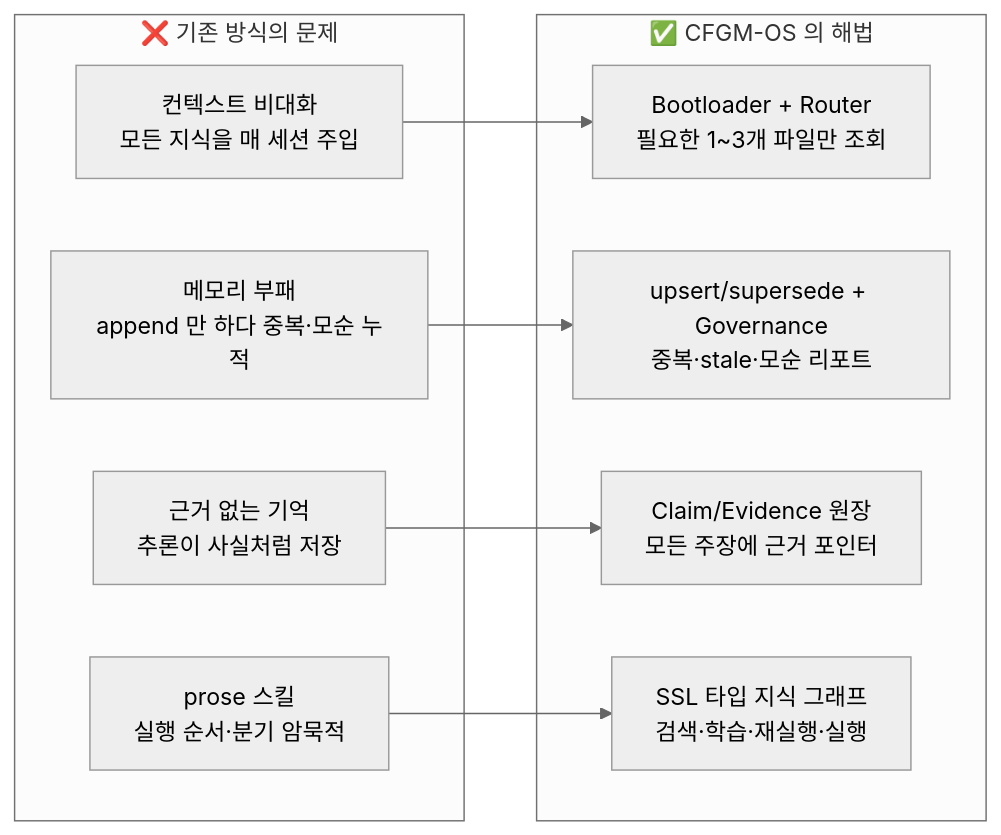
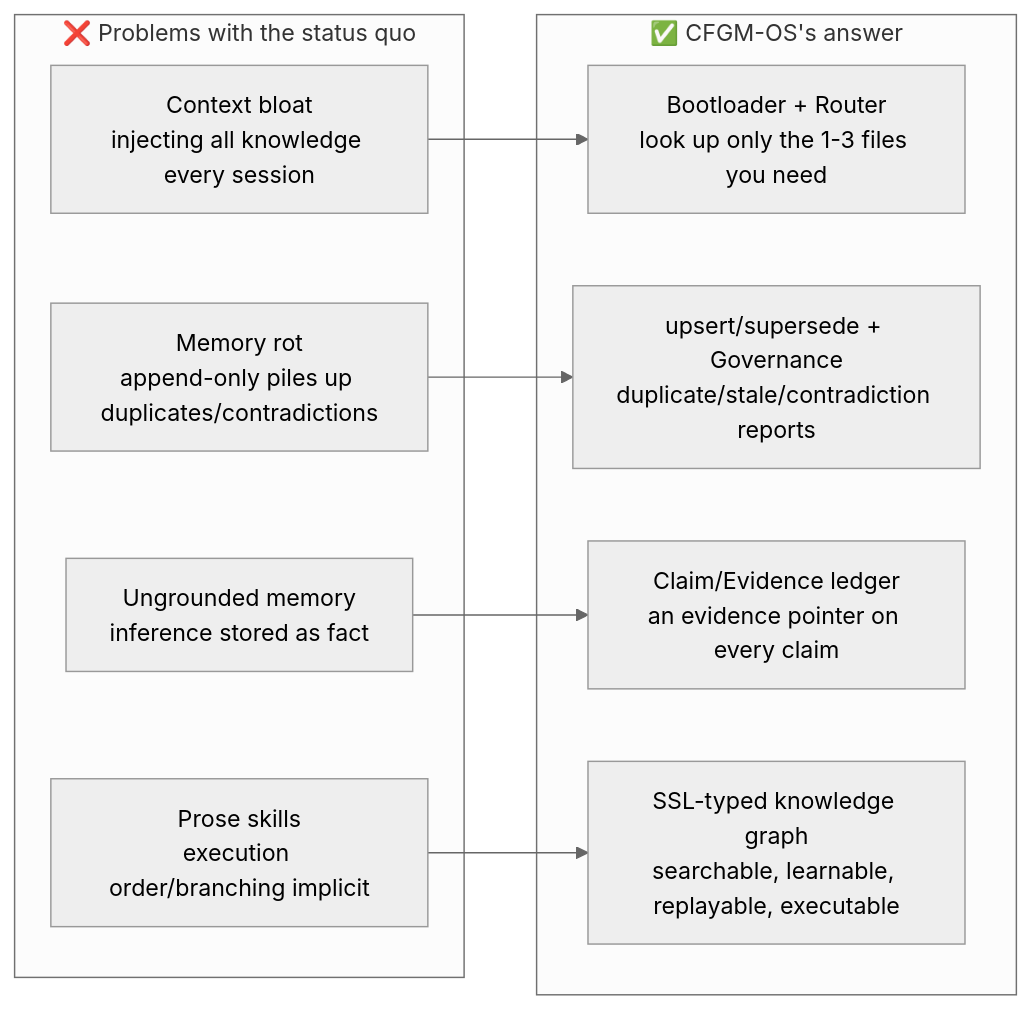
One commit to treestar84/memory-brain changed the fifth of 7 diagrams in README.md. Above: the diagram before and after it, drawn with Mermaid (neutral theme). The commit also changed other lines of this file and 10 other files, not shown here.

````diff
--- a/README.md
+++ b/README.md
@@ -165,19 +194,19 @@
 ```mermaid
 flowchart LR
-    subgraph 문제["❌ 기존 방식의 문제"]
-        P1["컨텍스트 비대화<br/>모든 지식을 매 세션 주입"]
-        P2["메모리 부패<br/>append 만 하다 중복·모순 누적"]
-        P3["근거 없는 기억<br/>추론이 사실처럼 저장"]
-        P4["prose 스킬<br/>실행 순서·분기 암묵적"]
+    subgraph problems["❌ Problems with the status quo"]
+        P1["Context bloat<br/>injecting all knowledge every session"]
+        P2["Memory rot<br/>append-only piles up duplicates/contradictions"]
+        P3["Ungrounded memory<br/>inference stored as fact"]
+        P4["Prose skills<br/>execution order/branching implicit"]
     end
-    subgraph 해법["✅ CFGM-OS 의 해법"]
-        S1["Bootloader + Router<br/>필요한 1~3개 파일만 조회"]
-        S2["upsert/supersede + Governance<br/>중복·stale·모순 리포트"]
-        S3["Claim/Evidence 원장<br/>모든 주장에 근거 포인터"]
-        S4["SSL 타입 지식 그래프<br/>검색·학습·재실행·실행"]
+    subgraph solutions["✅ CFGM-OS's answer"]
+        S1["Bootloader + Router<br/>look up only the 1-3 files you need"]
+        S2["upsert/supersede + Governance<br/>duplicate/stale/contradiction reports"]
+        S3["Claim/Evidence ledger<br/>an evidence pointer on every claim"]
+        S4["SSL-typed knowledge graph<br/>searchable, learnable, replayable, executable"]
     end
     P1 --> S1
     P2 --> S2
     P3 --> S3
     P4 --> S4
 ```
````
